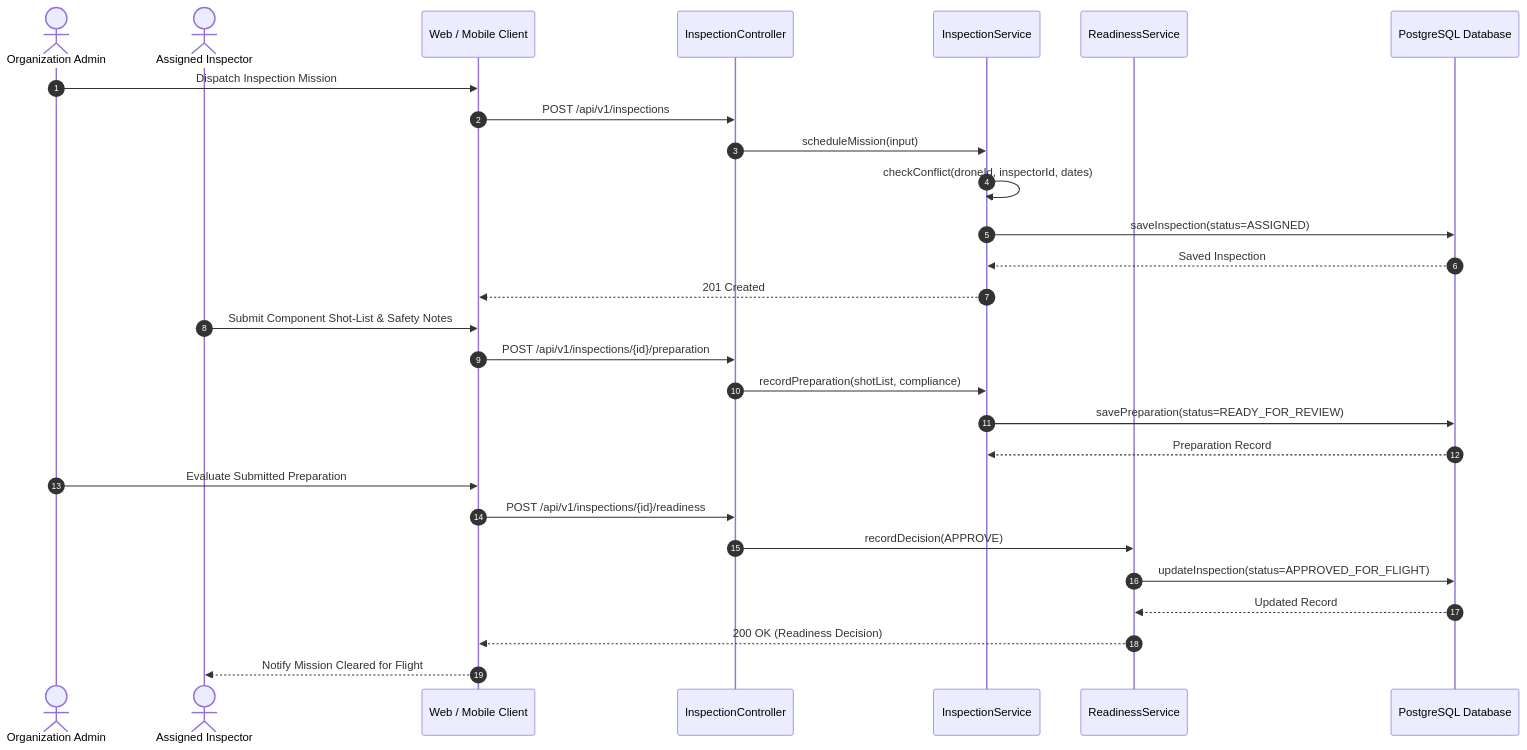
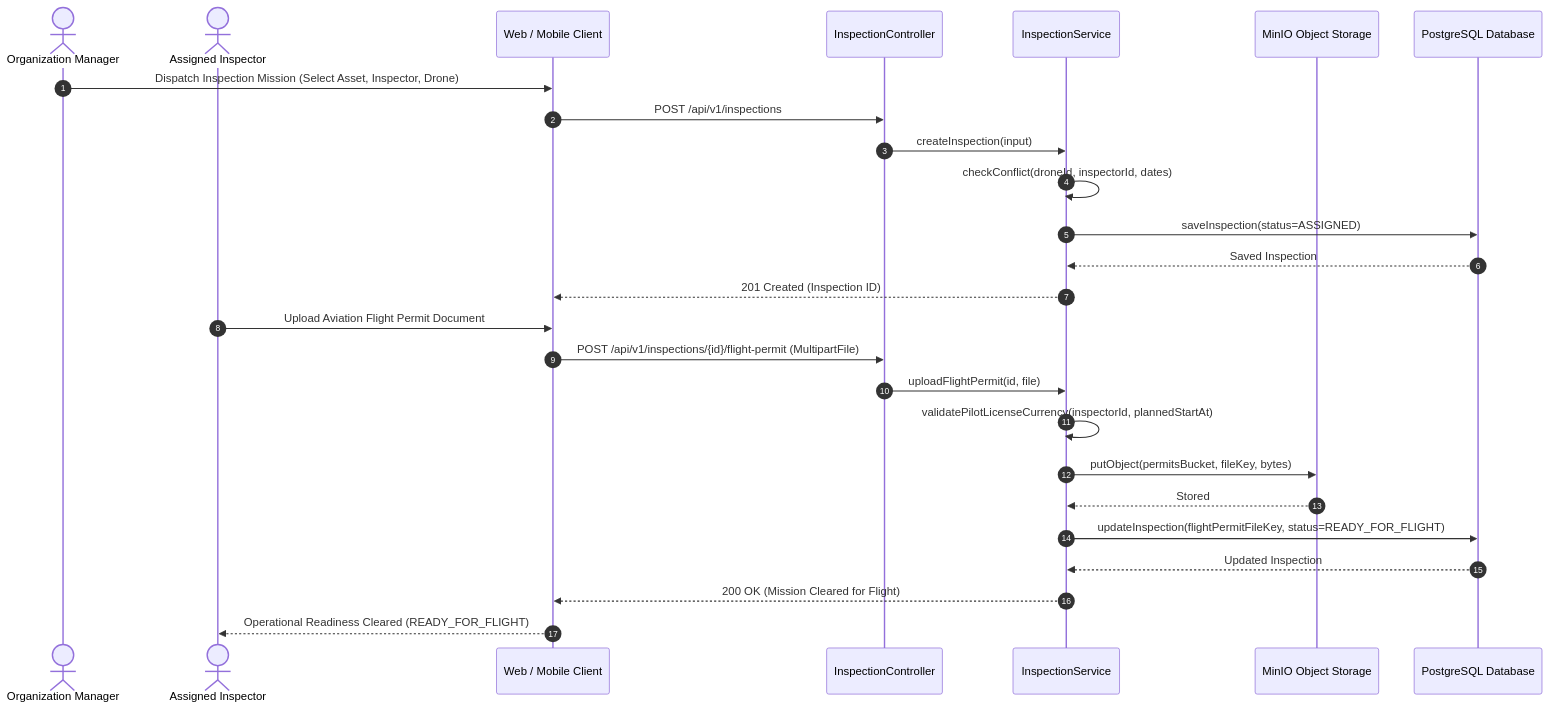
One commit to tungbach12/SmartDroneInspection-Docs changed the eighth of 18 diagrams in reports/report-4-software-design-document/03-detailed-design.md. Above: the diagram before and after it, drawn with Mermaid. The commit also changed other lines of this file and 8 other files, not shown here.

Commit message:
docs(database,srs,sdd): update MF1-MF2 specifications to streamlined 30-table architecture

````diff
--- a/reports/report-4-software-design-document/03-detailed-design.md
+++ b/reports/report-4-software-design-document/03-detailed-design.md
@@ -283,34 +282,31 @@
 ```mermaid
-%% title: Mission Dispatch and Readiness Authorization Sequence Diagram
+%% title: Mission Dispatch and Self-Service Permit Upload Sequence Diagram
 sequenceDiagram
   autonumber
-  actor Admin as Organization Admin
+  actor Admin as Organization Manager
   actor Inspector as Assigned Inspector
   participant Client as Web / Mobile Client
   participant InspCtrl as InspectionController
   participant InspSvc as InspectionService
-  participant ReadSvc as ReadinessService
+  participant MinIO as MinIO Object Storage
   participant DB as PostgreSQL Database
 
-  Admin->>Client: Dispatch Inspection Mission
+  Admin->>Client: Dispatch Inspection Mission (Select Asset, Inspector, Drone)
   Client->>InspCtrl: POST /api/v1/inspections
-  InspCtrl->>InspSvc: scheduleMission(input)
+  InspCtrl->>InspSvc: createInspection(input)
   InspSvc->>InspSvc: checkConflict(droneId, inspectorId, dates)
   InspSvc->>DB: saveInspection(status=ASSIGNED)
   DB-->>InspSvc: Saved Inspection
-  InspSvc-->>Client: 201 Created
+  InspSvc-->>Client: 201 Created (Inspection ID)
 
-  Inspector->>Client: Submit Component Shot-List & Safety Notes
-  Client->>InspCtrl: POST /api/v1/inspections/{id}/preparation
-  InspCtrl->>InspSvc: recordPreparation(shotList, compliance)
-  InspSvc->>DB: savePreparation(status=READY_FOR_REVIEW)
-  DB-->>InspSvc: Preparation Record
-
-  Admin->>Client: Evaluate Submitted Preparation
-  Client->>InspCtrl: POST /api/v1/inspections/{id}/readiness
-  InspCtrl->>ReadSvc: recordDecision(APPROVE)
-  ReadSvc->>DB: updateInspection(status=APPROVED_FOR_FLIGHT)
-  DB-->>ReadSvc: Updated Record
-  ReadSvc-->>Client: 200 OK (Readiness Decision)
-  Client-->>Inspector: Notify Mission Cleared for Flight
+  Inspector->>Client: Upload Aviation Flight Permit Document
+  Client->>InspCtrl: POST /api/v1/inspections/{id}/flight-permit (MultipartFile)
+  InspCtrl->>InspSvc: uploadFlightPermit(id, file)
+  InspSvc->>InspSvc: validatePilotLicenseCurrency(inspectorId, plannedStartAt)
+  InspSvc->>MinIO: putObject(permitsBucket, fileKey, bytes)
+  MinIO-->>InspSvc: Stored
+  InspSvc->>DB: updateInspection(flightPermitFileKey, status=READY_FOR_FLIGHT)
+  DB-->>InspSvc: Updated Inspection
+  InspSvc-->>Client: 200 OK (Mission Cleared for Flight)
+  Client-->>Inspector: Operational Readiness Cleared (READY_FOR_FLIGHT)
 ```
````
